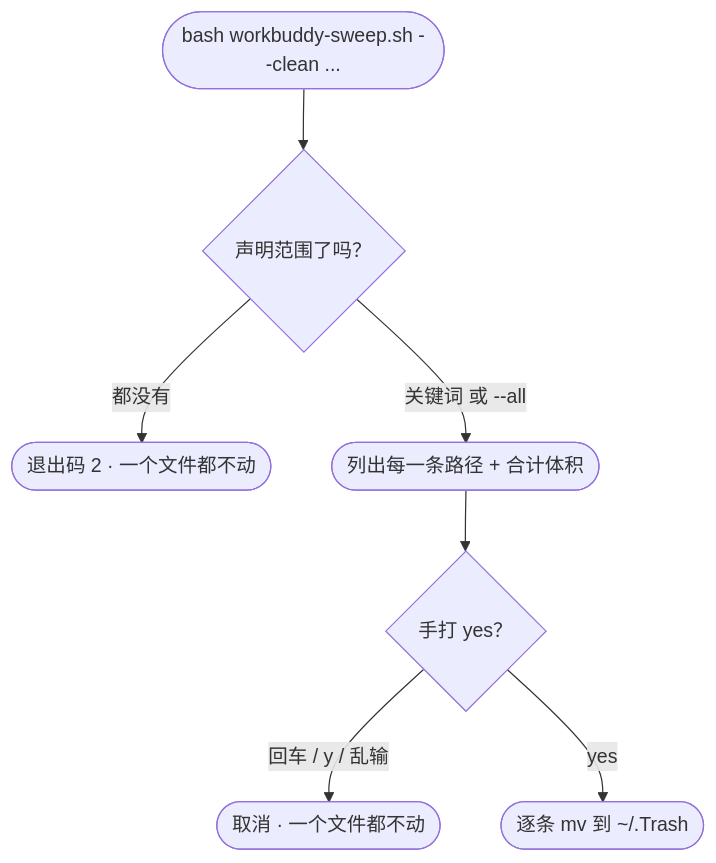
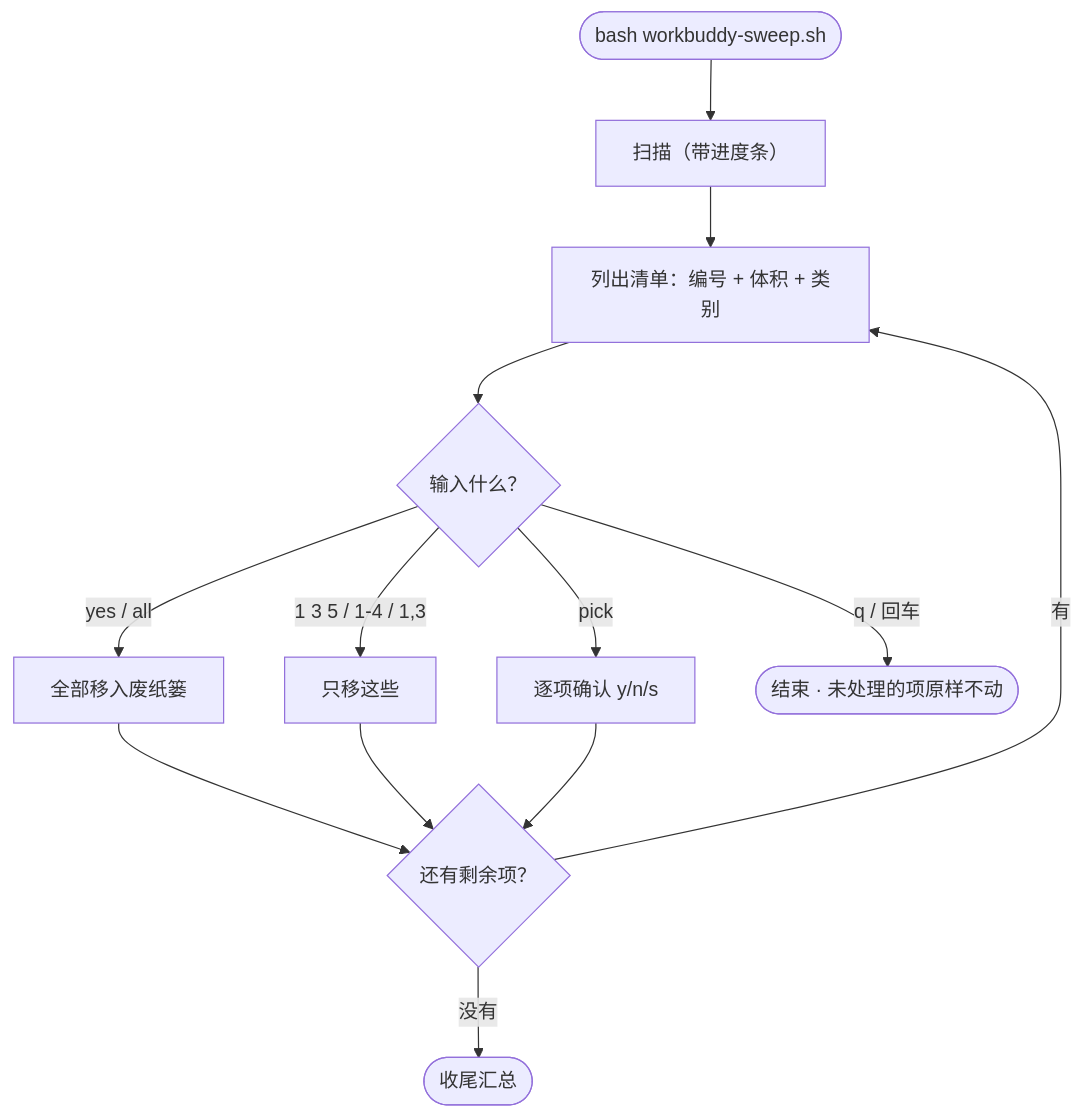
The diagram in README.md (Congxiang1994/mac-sweep), drawn with Mermaid before and after one commit. The commit also changed other lines of this file and 5 other files, not shown here.

````diff
--- a/README.md
+++ b/README.md
@@ -90,9 +71,15 @@
 ```mermaid
 flowchart TD
-    S(["bash workbuddy-sweep.sh --clean ..."]) --> W{"声明范围了吗？"}
-    W -- "都没有" --> E2(["退出码 2 · 一个文件都不动"])
-    W -- "关键词 或 --all" --> L(["列出每一条路径 + 合计体积"])
-    L --> Y{"手打 yes？"}
-    Y -- "回车 / y / 乱输" --> CXL(["取消 · 一个文件都不动"])
-    Y -- "yes" --> T(["逐条 mv 到 ~/.Trash"])
+    S(["bash workbuddy-sweep.sh"]) --> P["扫描（带进度条）"]
+    P --> L["列出清单：编号 + 体积 + 类别"]
+    L --> Q{"输入什么？"}
+    Q -- "yes / all" --> T["全部移入废纸篓"]
+    Q -- "1 3 5 / 1-4 / 1,3" --> T2["只移这些"]
+    Q -- "pick" --> T3["逐项确认 y/n/s"]
+    Q -- "q / 回车" --> CXL(["结束 · 未处理的项原样不动"])
+    T --> R{"还有剩余项？"}
+    T2 --> R
+    T3 --> R
+    R -- "有" --> L
+    R -- "没有" --> DONE(["收尾汇总"])
 ```
````
